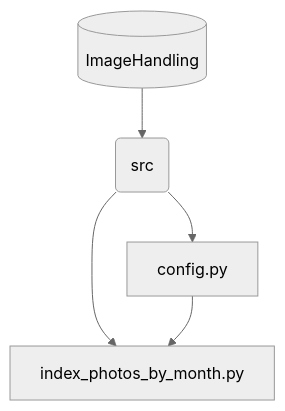
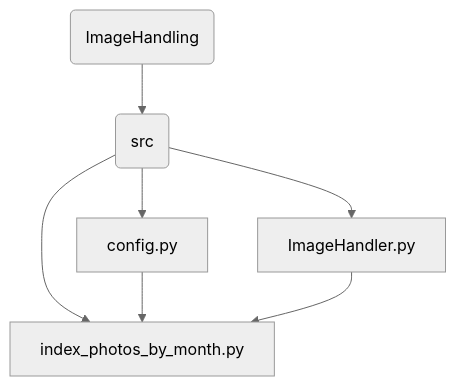
One commit to aadennis/PythonSandboxAA changed the diagram in ImageHandling/docs/photo_indexer.md. Above: the diagram before and after it, drawn with Mermaid (neutral theme). The commit also changed other lines of this file, not shown here.

````diff
--- a/ImageHandling/docs/photo_indexer.md
+++ b/ImageHandling/docs/photo_indexer.md
@@ -6,7 +6,10 @@
 ```mermaid
 graph TD
-    F1[(ImageHandling)] --> S1(src)
+    F1(ImageHandling) --> S1(src)
     S1 --> C1[index_photos_by_month.py]
     S1 --> C2[config.py]
+    S1 --> C3[ImageHandler.py]
     C2 --> C1
+    C3 --> C1
+    
 ```
````
